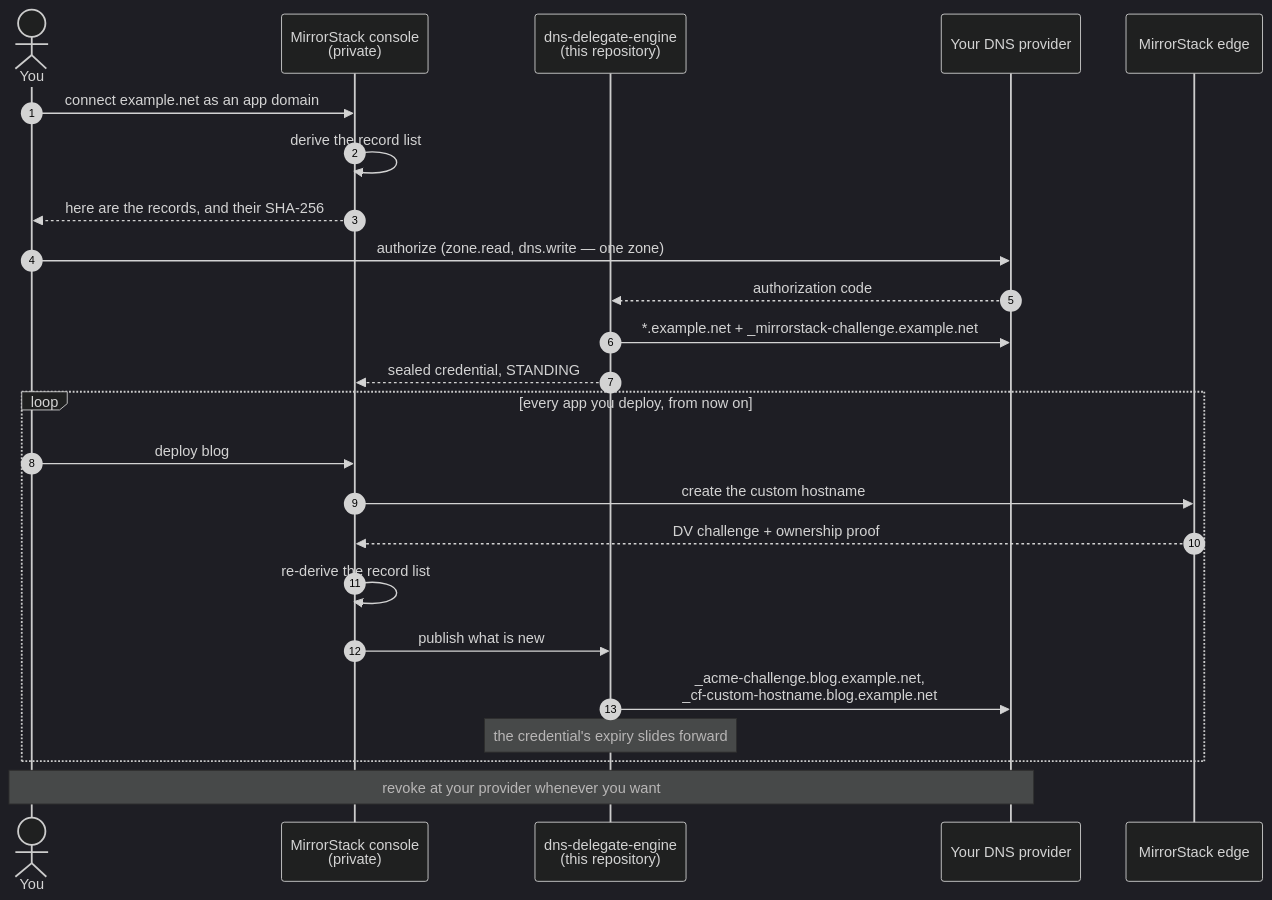
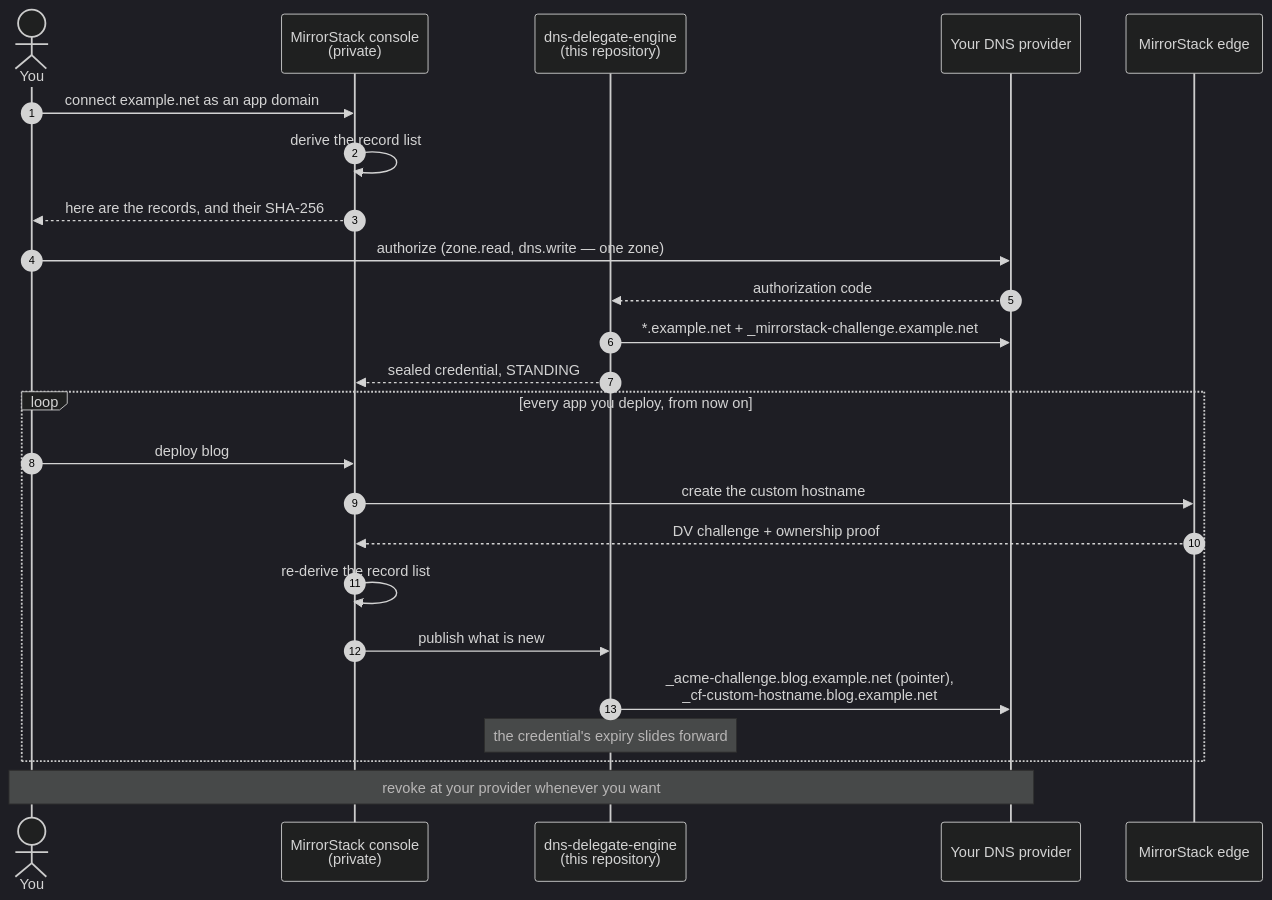
One commit to mirrorstack-ai/dns-delegate-engine changed the second of 4 diagrams in README.md. Above: the diagram before and after it, drawn with Mermaid (dark theme). The commit also changed other lines of this file and 2 other files, not shown here.

````diff
--- a/README.md
+++ b/README.md
@@ -185,30 +185,30 @@
 ```mermaid
 sequenceDiagram
     autonumber
     actor You
     participant Console as MirrorStack console<br/>(private)
     participant Engine as dns-delegate-engine<br/>(this repository)
     participant CF as Your DNS provider
     participant Edge as MirrorStack edge
 
     You->>Console: connect example.net as an app domain
     Console->>Console: derive the record list
     Console-->>You: here are the records, and their SHA-256
 
     You->>CF: authorize (zone.read, dns.write — one zone)
     CF-->>Engine: authorization code
     Engine->>CF: *.example.net + _mirrorstack-challenge.example.net
     Engine-->>Console: sealed credential, STANDING
 
     loop every app you deploy, from now on
         You->>Console: deploy blog
         Console->>Edge: create the custom hostname
         Edge-->>Console: DV challenge + ownership proof
         Console->>Console: re-derive the record list
         Console->>Engine: publish what is new
-        Engine->>CF: _acme-challenge.blog.example.net,<br/>_cf-custom-hostname.blog.example.net
+        Engine->>CF: _acme-challenge.blog.example.net (pointer),<br/>_cf-custom-hostname.blog.example.net
         Note over Engine: the credential's expiry slides forward
     end
 
     Note over You,CF: revoke at your provider whenever you want
 ```
````
